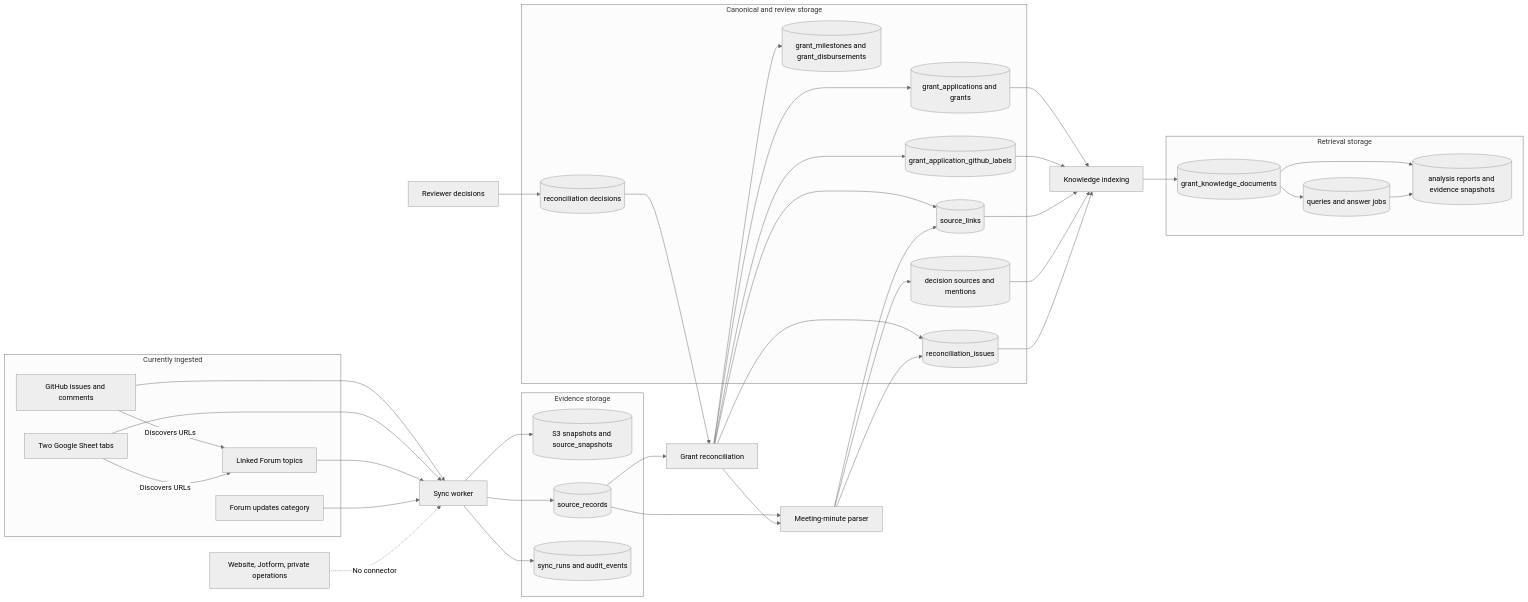
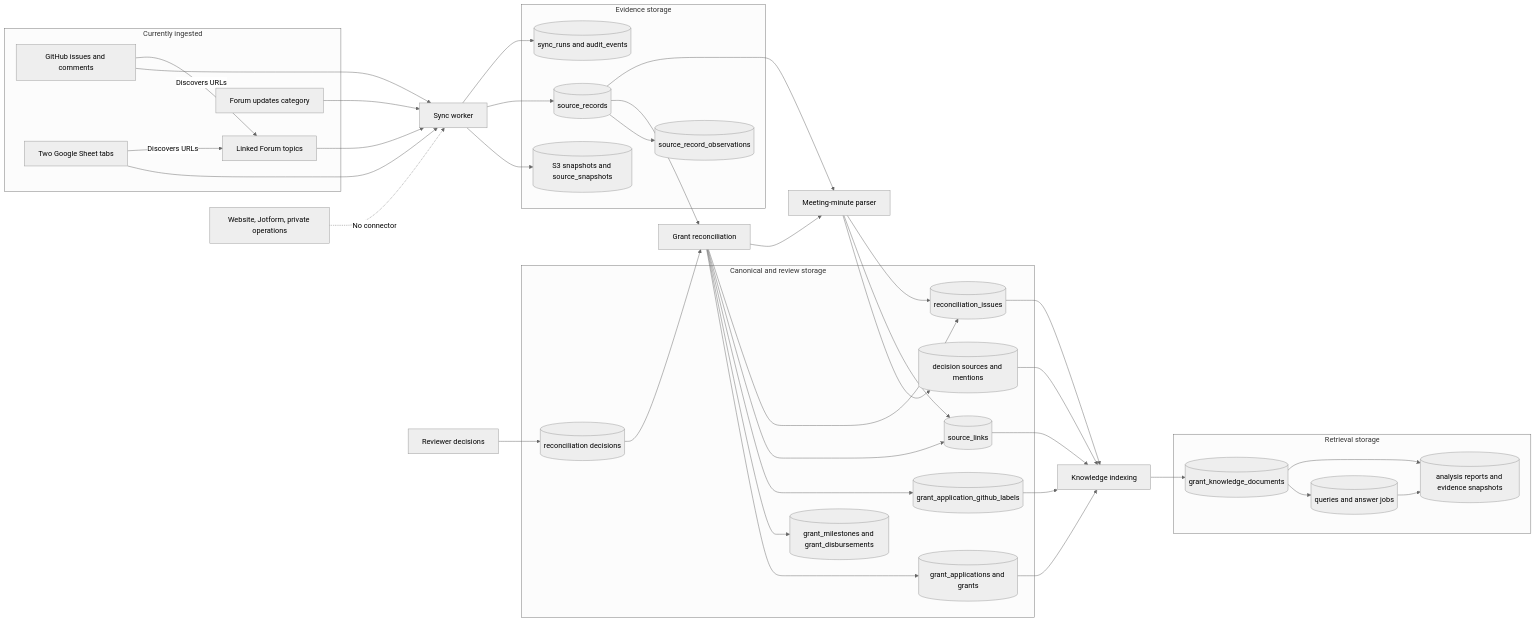
One commit to paulbrigner/ZCG changed the diagram in README.md. Above: the diagram before and after it, drawn with Mermaid (neutral theme). The commit also changed other lines of this file and 18 other files, not shown here.

Commit message:
Use stable Sheet identities and version source observations

````diff
--- a/README.md
+++ b/README.md
@@ -104,74 +104,76 @@
 ```mermaid
 flowchart LR
     subgraph currentSources ["Currently ingested"]
         github["GitHub issues and comments"]
         sheet["Two Google Sheet tabs"]
         linkedForum["Linked Forum topics"]
         forumUpdates["Forum updates category"]
     end
 
     notConnected["Website, Jotform, private operations"]
     syncWorker["Sync worker"]
     reconcile["Grant reconciliation"]
     minuteParser["Meeting-minute parser"]
     knowledgeIndex["Knowledge indexing"]
     reviewer["Reviewer decisions"]
 
     subgraph evidenceStore ["Evidence storage"]
         snapshots[("S3 snapshots and source_snapshots")]
         sourceRecords[("source_records")]
+        sourceObservations[("source_record_observations")]
         runRecords[("sync_runs and audit_events")]
     end
 
     subgraph canonicalStore ["Canonical and review storage"]
         applications[("grant_applications and grants")]
         milestoneLedger[("grant_milestones and grant_disbursements")]
         applicationLabels[("grant_application_github_labels")]
         sourceLinks[("source_links")]
         reconciliationIssues[("reconciliation_issues")]
         manualDecisions[("reconciliation decisions")]
         decisionHistory[("decision sources and mentions")]
     end
 
     subgraph retrievalStore ["Retrieval storage"]
         knowledgeDocs[("grant_knowledge_documents")]
         knowledgeActivity[("queries and answer jobs")]
         analysisReports[("analysis reports and evidence snapshots")]
     end
 
     github --> syncWorker
     sheet --> syncWorker
     github -->|"Discovers URLs"| linkedForum
     sheet -->|"Discovers URLs"| linkedForum
     linkedForum --> syncWorker
     forumUpdates --> syncWorker
     notConnected -.->|"No connector"| syncWorker
 
     syncWorker --> snapshots
     syncWorker --> sourceRecords
+    sourceRecords --> sourceObservations
     syncWorker --> runRecords
 
     sourceRecords --> reconcile
     sourceRecords --> minuteParser
     reviewer --> manualDecisions
     manualDecisions --> reconcile
     reconcile --> applications
     reconcile --> milestoneLedger
     reconcile --> applicationLabels
     reconcile --> sourceLinks
     reconcile --> reconciliationIssues
     reconcile --> minuteParser
     minuteParser --> decisionHistory
     minuteParser --> sourceLinks
     minuteParser --> reconciliationIssues
 
     applications --> knowledgeIndex
     applicationLabels --> knowledgeIndex
     sourceLinks --> knowledgeIndex
     decisionHistory --> knowledgeIndex
     reconciliationIssues --> knowledgeIndex
     knowledgeIndex --> knowledgeDocs
     knowledgeDocs --> knowledgeActivity
     knowledgeDocs --> analysisReports
     knowledgeActivity --> analysisReports
 ```
````
